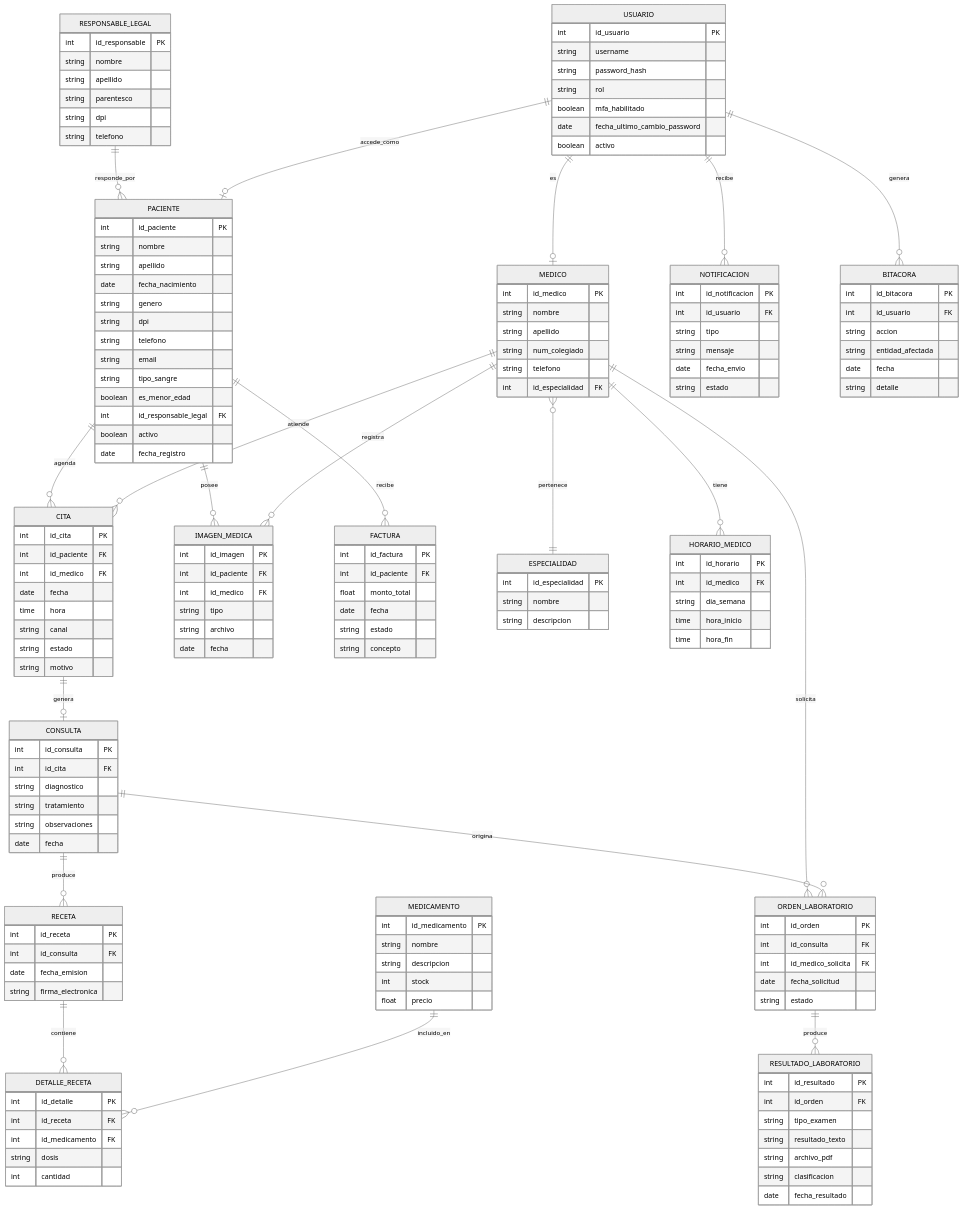
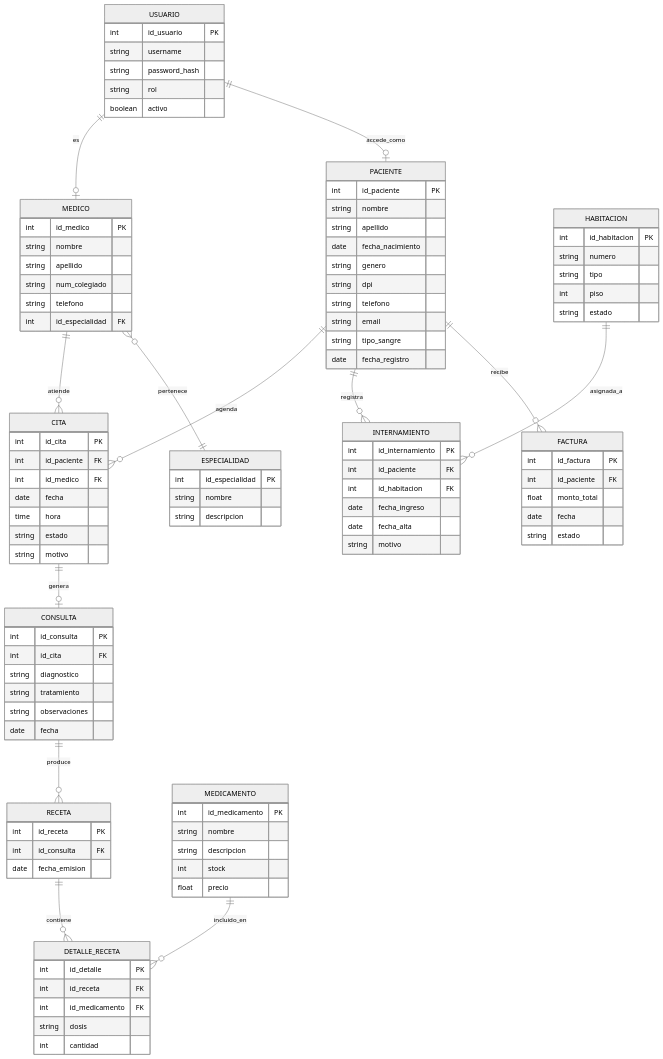
The diagram in docs/01_Diseño_ER.md (BYRON1222/Gestion-Hospitalaria), drawn with Mermaid (neutral theme) before and after one commit. The commit also changed other lines of this file and 5 other files, not shown here.

````diff
--- a/docs/01_Diseño_ER.md
+++ b/docs/01_Diseño_ER.md
@@ -25,22 +20,15 @@
 ```mermaid
 erDiagram
-    RESPONSABLE_LEGAL ||--o{ PACIENTE : responde_por
     PACIENTE ||--o{ CITA : agenda
-    PACIENTE ||--o{ IMAGEN_MEDICA : posee
-    PACIENTE ||--o{ FACTURA : recibe
     MEDICO ||--o{ CITA : atiende
     MEDICO }o--|| ESPECIALIDAD : pertenece
-    MEDICO ||--o{ HORARIO_MEDICO : tiene
-    MEDICO ||--o{ IMAGEN_MEDICA : registra
-    MEDICO ||--o{ ORDEN_LABORATORIO : solicita
     CITA ||--o| CONSULTA : genera
     CONSULTA ||--o{ RECETA : produce
-    CONSULTA ||--o{ ORDEN_LABORATORIO : origina
     RECETA ||--o{ DETALLE_RECETA : contiene
     MEDICAMENTO ||--o{ DETALLE_RECETA : incluido_en
-    ORDEN_LABORATORIO ||--o{ RESULTADO_LABORATORIO : produce
-    USUARIO ||--o{ NOTIFICACION : recibe
-    USUARIO ||--o{ BITACORA : genera
+    PACIENTE ||--o{ INTERNAMIENTO : registra
+    HABITACION ||--o{ INTERNAMIENTO : asignada_a
+    PACIENTE ||--o{ FACTURA : recibe
     USUARIO ||--o| MEDICO : es
     USUARIO ||--o| PACIENTE : accede_como
 
@@ -54,18 +42,7 @@
         string telefono
         string email
         string tipo_sangre
-        boolean es_menor_edad
-        int id_responsable_legal FK
-        boolean activo
         date fecha_registro
-    }
-    RESPONSABLE_LEGAL {
-        int id_responsable PK
-        string nombre
-        string apellido
-        string parentesco
-        string dpi
-        string telefono
     }
     MEDICO {
         int id_medico PK
@@ -80,29 +57,12 @@
         string nombre
         string descripcion
     }
-    HORARIO_MEDICO {
-        int id_horario PK
-        int id_medico FK
-        string dia_semana
-        time hora_inicio
-        time hora_fin
-    }
-    USUARIO {
-        int id_usuario PK
-        string username
-        string password_hash
-        string rol
-        boolean mfa_habilitado
-        date fecha_ultimo_cambio_password
-        boolean activo
-    }
     CITA {
         int id_cita PK
         int id_paciente FK
         int id_medico FK
         date fecha
         time hora
-        string canal
         string estado
         string motivo
     }
@@ -118,7 +78,6 @@
         int id_receta PK
         int id_consulta FK
         date fecha_emision
-        string firma_electronica
     }
     MEDICAMENTO {
         int id_medicamento PK
@@ -134,29 +93,20 @@
         string dosis
         int cantidad
     }
-    ORDEN_LABORATORIO {
-        int id_orden PK
-        int id_consulta FK
-        int id_medico_solicita FK
-        date fecha_solicitud
+    HABITACION {
+        int id_habitacion PK
+        string numero
+        string tipo
+        int piso
         string estado
     }
-    RESULTADO_LABORATORIO {
-        int id_resultado PK
-        int id_orden FK
-        string tipo_examen
-        string resultado_texto
-        string archivo_pdf
-        string clasificacion
-        date fecha_resultado
-    }
-    IMAGEN_MEDICA {
-        int id_imagen PK
+    INTERNAMIENTO {
+        int id_internamiento PK
         int id_paciente FK
-        int id_medico FK
-        string tipo
-        string archivo
-        date fecha
+        int id_habitacion FK
+        date fecha_ingreso
+        date fecha_alta
+        string motivo
     }
     FACTURA {
         int id_factura PK
@@ -164,22 +114,12 @@
         float monto_total
         date fecha
         string estado
-        string concepto
     }
-    NOTIFICACION {
-        int id_notificacion PK
-        int id_usuario FK
-        string tipo
-        string mensaje
-        date fecha_envio
-        string estado
-    }
-    BITACORA {
-        int id_bitacora PK
-        int id_usuario FK
-        string accion
-        string entidad_afectada
-        date fecha
-        string detalle
+    USUARIO {
+        int id_usuario PK
+        string username
+        string password_hash
+        string rol
+        boolean activo
     }
 ```
````
